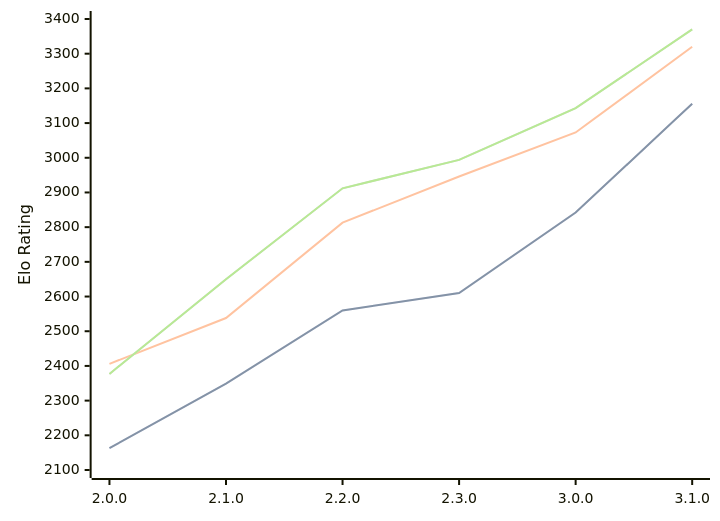
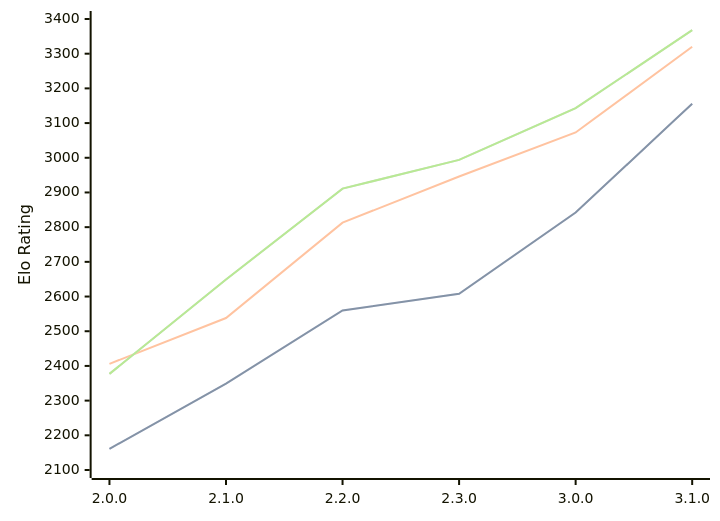
One commit to computer-chess-index/cci changed the diagram in engines/Raphael.md. Above: the diagram before and after it, drawn with Mermaid. The commit also changed other lines of this file, not shown here.

Commit message:
Update CCI Ratings (ELO VLTC) - 2026-03-17

````diff
--- a/engines/Raphael.md
+++ b/engines/Raphael.md
@@ -46,11 +46,11 @@
 ```mermaid
 %%{init: {"theme":"base","themeVariables":{"seriesColors:['#a3a3a3','#222221','#faa371']}}}%%
 xychart-beta
   x-axis ["2.0.0", "2.1.0", "2.2.0", "2.3.0", "3.0.0", "3.1.0"]
   y-axis "Elo Rating" 2100 --> 3400
-  line "STC (8.0+0.08s)" [2163, 2349, 2560, 2610, 2842, 3156]
-  line "STC (8.0+0.08s)" [2163, 2349, 2560, 2610, 2842, 3156]
+  line "STC (8.0+0.08s)" [2161, 2349, 2560, 2608, 2842, 3156]
+  line "STC (8.0+0.08s)" [2161, 2349, 2560, 2608, 2842, 3156]
   line "LTC (60.0+0.60s)" [2406, 2538, 2813, 2946, 3073, 3320]
-  line "VLTC (2m24s+1.12s)" [2377, 2650, 2912, 2994, 3143, 3370]
-  line "VLTC (2m24s+1.12s)" [2377, 2650, 2912, 2994, 3143, 3370]
+  line "VLTC (2m24s+1.12s)" [2377, 2649, 2911, 2994, 3143, 3368]
+  line "VLTC (2m24s+1.12s)" [2377, 2649, 2911, 2994, 3143, 3368]
 ```
````
